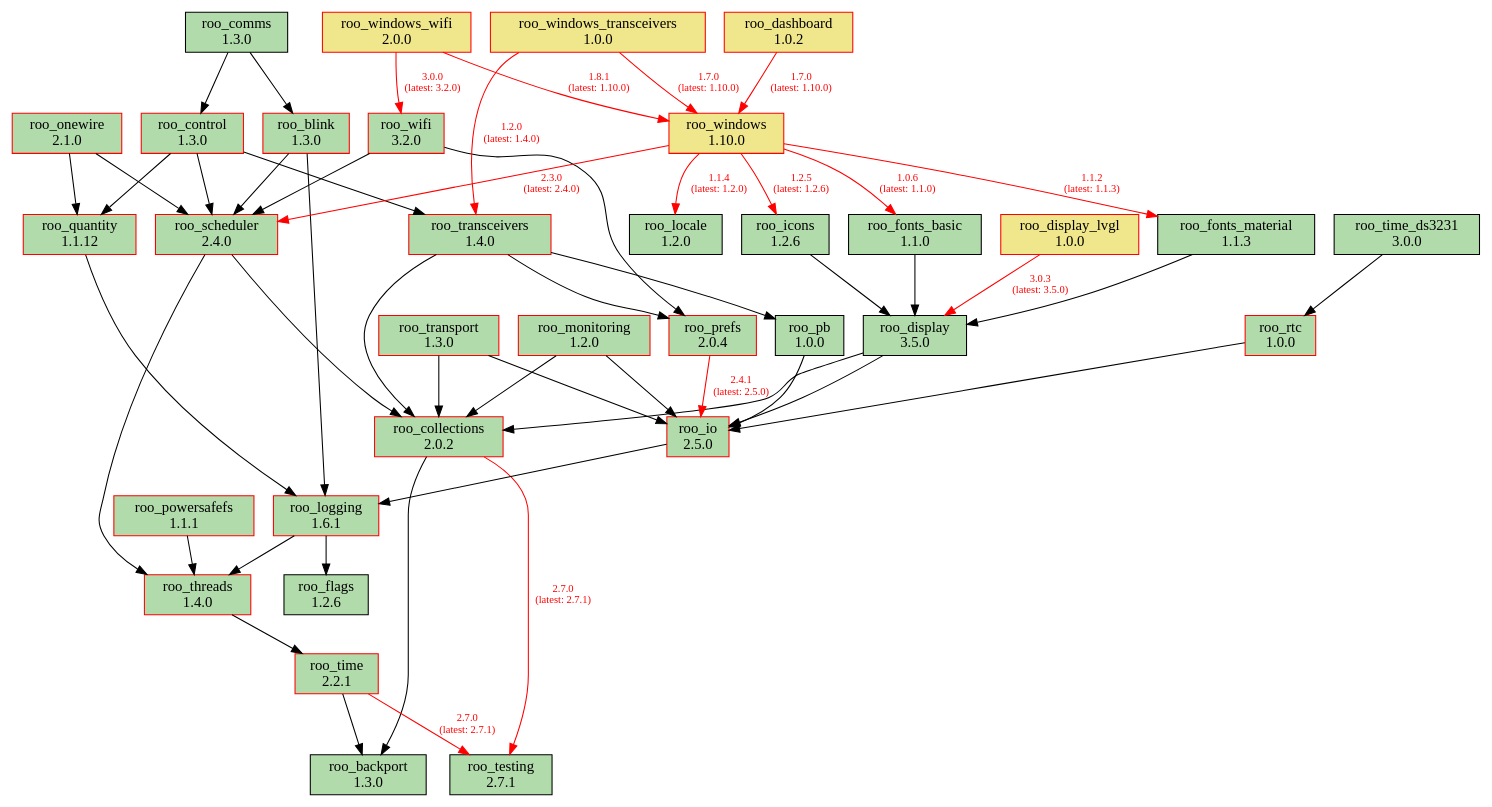
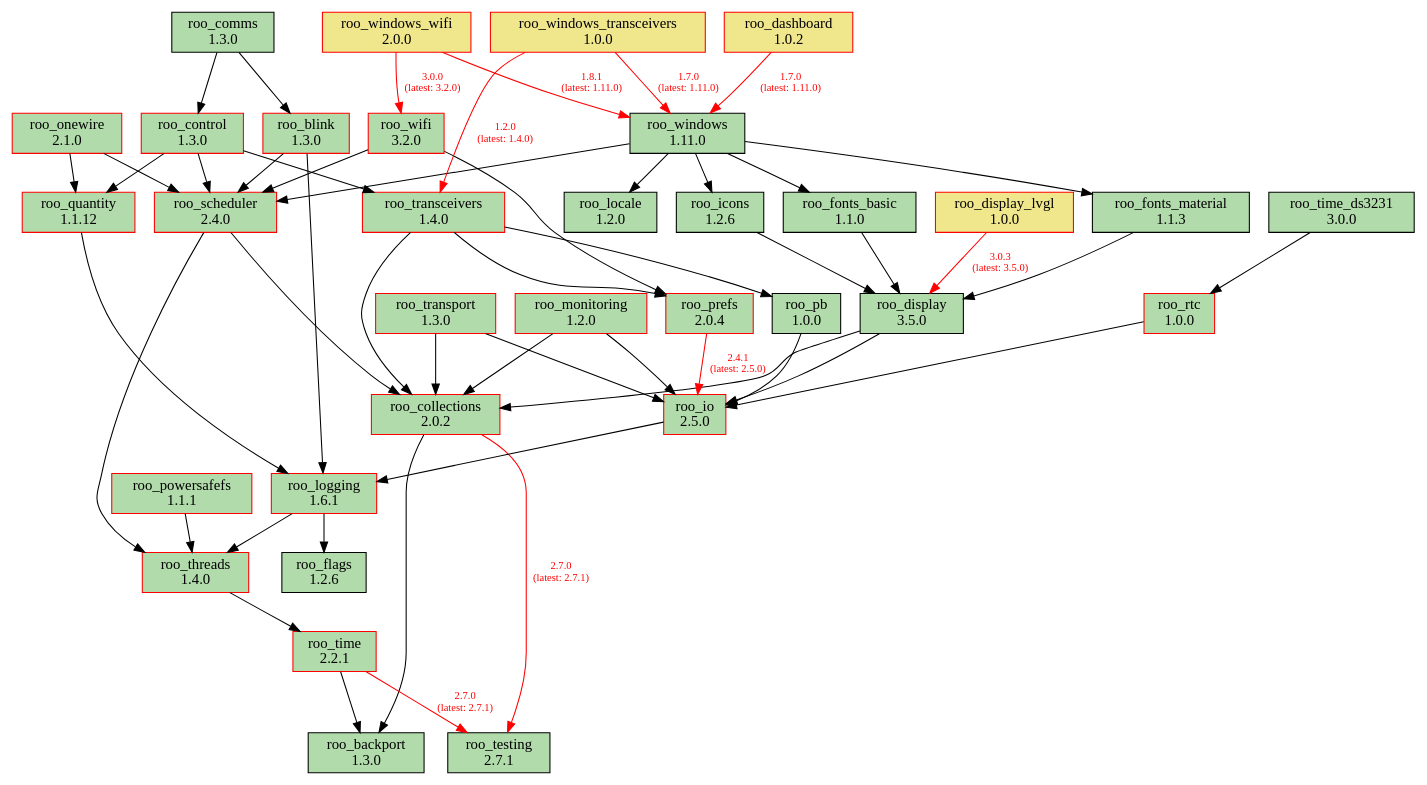
One commit to dejwk/roo-registry changed the diagram in doc/dependencies.dot. Above: the diagram before and after it, drawn with Graphviz. The commit also changed 3 other files, not shown here.

Commit message:
Added roo_windows 1.11.0 to the registry.

```diff
--- a/doc/dependencies.dot
+++ b/doc/dependencies.dot
@@ -1,92 +1,92 @@
 digraph dependencies {
     rankdir=TB;
     node [shape=box, style=filled];
     edge [fontsize=10];
 
     // Modules
     "roo_backport" [label="roo_backport\n1.3.0", fillcolor="#b1dbab", color="black"];
     "roo_blink" [label="roo_blink\n1.3.0", fillcolor="#b1dbab", color="red"];
     "roo_collections" [label="roo_collections\n2.0.2", fillcolor="#b1dbab", color="red"];
     "roo_comms" [label="roo_comms\n1.3.0", fillcolor="#b1dbab", color="black"];
     "roo_control" [label="roo_control\n1.3.0", fillcolor="#b1dbab", color="red"];
     "roo_dashboard" [label="roo_dashboard\n1.0.2", fillcolor="khaki", color="red"];
     "roo_display" [label="roo_display\n3.5.0", fillcolor="#b1dbab", color="black"];
     "roo_display_lvgl" [label="roo_display_lvgl\n1.0.0", fillcolor="khaki", color="red"];
     "roo_flags" [label="roo_flags\n1.2.6", fillcolor="#b1dbab", color="black"];
     "roo_fonts_basic" [label="roo_fonts_basic\n1.1.0", fillcolor="#b1dbab", color="black"];
     "roo_fonts_material" [label="roo_fonts_material\n1.1.3", fillcolor="#b1dbab", color="black"];
     "roo_icons" [label="roo_icons\n1.2.6", fillcolor="#b1dbab", color="black"];
     "roo_io" [label="roo_io\n2.5.0", fillcolor="#b1dbab", color="red"];
     "roo_locale" [label="roo_locale\n1.2.0", fillcolor="#b1dbab", color="black"];
     "roo_logging" [label="roo_logging\n1.6.1", fillcolor="#b1dbab", color="red"];
     "roo_monitoring" [label="roo_monitoring\n1.2.0", fillcolor="#b1dbab", color="red"];
     "roo_onewire" [label="roo_onewire\n2.1.0", fillcolor="#b1dbab", color="red"];
     "roo_pb" [label="roo_pb\n1.0.0", fillcolor="#b1dbab", color="black"];
     "roo_powersafefs" [label="roo_powersafefs\n1.1.1", fillcolor="#b1dbab", color="red"];
     "roo_prefs" [label="roo_prefs\n2.0.4", fillcolor="#b1dbab", color="red"];
     "roo_quantity" [label="roo_quantity\n1.1.12", fillcolor="#b1dbab", color="red"];
     "roo_rtc" [label="roo_rtc\n1.0.0", fillcolor="#b1dbab", color="red"];
     "roo_scheduler" [label="roo_scheduler\n2.4.0", fillcolor="#b1dbab", color="red"];
     "roo_testing" [label="roo_testing\n2.7.1", fillcolor="#b1dbab", color="black"];
     "roo_threads" [label="roo_threads\n1.4.0", fillcolor="#b1dbab", color="red"];
     "roo_time" [label="roo_time\n2.2.1", fillcolor="#b1dbab", color="red"];
     "roo_time_ds3231" [label="roo_time_ds3231\n3.0.0", fillcolor="#b1dbab", color="black"];
     "roo_transceivers" [label="roo_transceivers\n1.4.0", fillcolor="#b1dbab", color="red"];
     "roo_transport" [label="roo_transport\n1.3.0", fillcolor="#b1dbab", color="red"];
     "roo_wifi" [label="roo_wifi\n3.2.0", fillcolor="#b1dbab", color="red"];
-    "roo_windows" [label="roo_windows\n1.10.0", fillcolor="khaki", color="red"];
+    "roo_windows" [label="roo_windows\n1.11.0", fillcolor="#b1dbab", color="black"];
     "roo_windows_transceivers" [label="roo_windows_transceivers\n1.0.0", fillcolor="khaki", color="red"];
     "roo_windows_wifi" [label="roo_windows_wifi\n2.0.0", fillcolor="khaki", color="red"];
 
     // Dependencies
     "roo_blink" -> "roo_logging";
     "roo_blink" -> "roo_scheduler";
     "roo_collections" -> "roo_testing" [color=red, fontcolor=red, label="2.7.0\n(latest: 2.7.1)"];
     "roo_collections" -> "roo_backport";
     "roo_comms" -> "roo_blink";
     "roo_comms" -> "roo_control";
     "roo_control" -> "roo_quantity";
     "roo_control" -> "roo_scheduler";
     "roo_control" -> "roo_transceivers";
-    "roo_dashboard" -> "roo_windows" [color=red, fontcolor=red, label="1.7.0\n(latest: 1.10.0)"];
+    "roo_dashboard" -> "roo_windows" [color=red, fontcolor=red, label="1.7.0\n(latest: 1.11.0)"];
     "roo_display" -> "roo_collections";
     "roo_display" -> "roo_io";
     "roo_display_lvgl" -> "roo_display" [color=red, fontcolor=red, label="3.0.3\n(latest: 3.5.0)"];
     "roo_fonts_basic" -> "roo_display";
     "roo_fonts_material" -> "roo_display";
     "roo_icons" -> "roo_display";
     "roo_io" -> "roo_logging";
     "roo_logging" -> "roo_flags";
     "roo_logging" -> "roo_threads";
     "roo_monitoring" -> "roo_collections";
     "roo_monitoring" -> "roo_io";
     "roo_onewire" -> "roo_scheduler";
     "roo_onewire" -> "roo_quantity";
     "roo_pb" -> "roo_io";
     "roo_powersafefs" -> "roo_threads";
     "roo_prefs" -> "roo_io" [color=red, fontcolor=red, label="2.4.1\n(latest: 2.5.0)"];
     "roo_quantity" -> "roo_logging";
     "roo_rtc" -> "roo_io";
     "roo_scheduler" -> "roo_collections";
     "roo_scheduler" -> "roo_threads";
     "roo_threads" -> "roo_time";
     "roo_time" -> "roo_testing" [color=red, fontcolor=red, label="2.7.0\n(latest: 2.7.1)"];
     "roo_time" -> "roo_backport";
     "roo_time_ds3231" -> "roo_rtc";
     "roo_transceivers" -> "roo_pb";
     "roo_transceivers" -> "roo_collections";
     "roo_transceivers" -> "roo_prefs";
     "roo_transport" -> "roo_collections";
     "roo_transport" -> "roo_io";
     "roo_wifi" -> "roo_prefs";
     "roo_wifi" -> "roo_scheduler";
-    "roo_windows" -> "roo_fonts_basic" [color=red, fontcolor=red, label="1.0.6\n(latest: 1.1.0)"];
-    "roo_windows" -> "roo_fonts_material" [color=red, fontcolor=red, label="1.1.2\n(latest: 1.1.3)"];
-    "roo_windows" -> "roo_locale" [color=red, fontcolor=red, label="1.1.4\n(latest: 1.2.0)"];
-    "roo_windows" -> "roo_icons" [color=red, fontcolor=red, label="1.2.5\n(latest: 1.2.6)"];
-    "roo_windows" -> "roo_scheduler" [color=red, fontcolor=red, label="2.3.0\n(latest: 2.4.0)"];
+    "roo_windows" -> "roo_fonts_basic";
+    "roo_windows" -> "roo_fonts_material";
+    "roo_windows" -> "roo_locale";
+    "roo_windows" -> "roo_icons";
+    "roo_windows" -> "roo_scheduler";
     "roo_windows_transceivers" -> "roo_transceivers" [color=red, fontcolor=red, label="1.2.0\n(latest: 1.4.0)"];
-    "roo_windows_transceivers" -> "roo_windows" [color=red, fontcolor=red, label="1.7.0\n(latest: 1.10.0)"];
+    "roo_windows_transceivers" -> "roo_windows" [color=red, fontcolor=red, label="1.7.0\n(latest: 1.11.0)"];
     "roo_windows_wifi" -> "roo_wifi" [color=red, fontcolor=red, label="3.0.0\n(latest: 3.2.0)"];
-    "roo_windows_wifi" -> "roo_windows" [color=red, fontcolor=red, label="1.8.1\n(latest: 1.10.0)"];
+    "roo_windows_wifi" -> "roo_windows" [color=red, fontcolor=red, label="1.8.1\n(latest: 1.11.0)"];
 }
```
